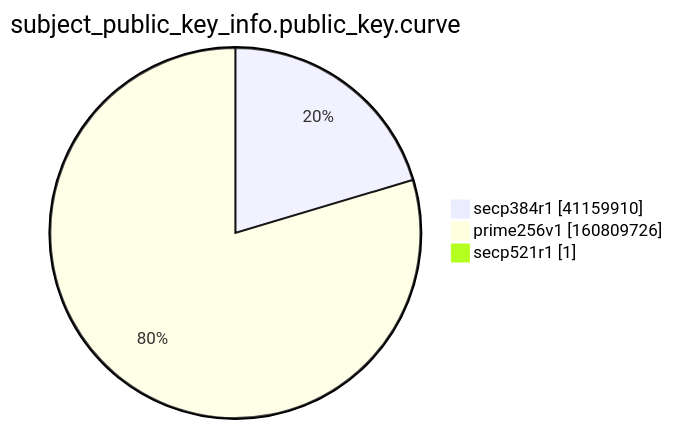
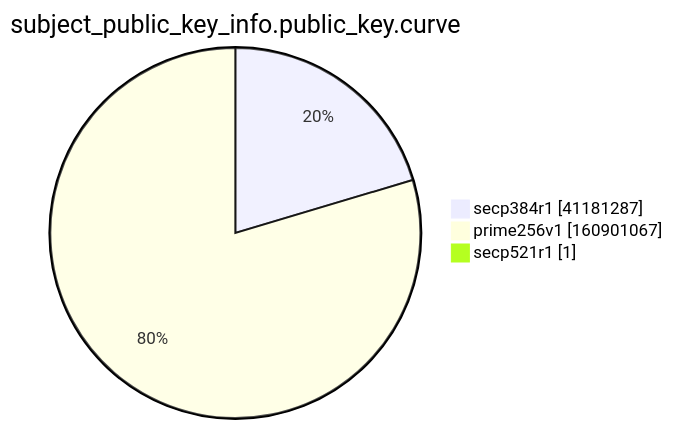
One commit to christiankrug/ctmonitor_visualization changed the ninth of 15 diagrams in xenon2022/README.md. Above: the diagram before and after it, drawn with Mermaid. The commit also changed other lines of this file, not shown here.

````diff
--- a/xenon2022/README.md
+++ b/xenon2022/README.md
@@ -2868,7 +2868,7 @@
 ```mermaid
 pie showData
 title subject_public_key_info.public_key.curve
-"secp384r1" :41159910
-"prime256v1" :160809726
+"secp384r1" :41181287
+"prime256v1" :160901067
 "secp521r1" :1
 ```
````
